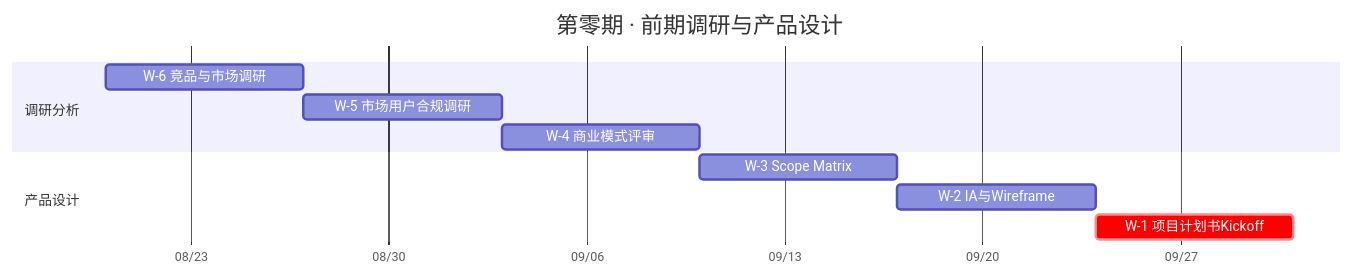
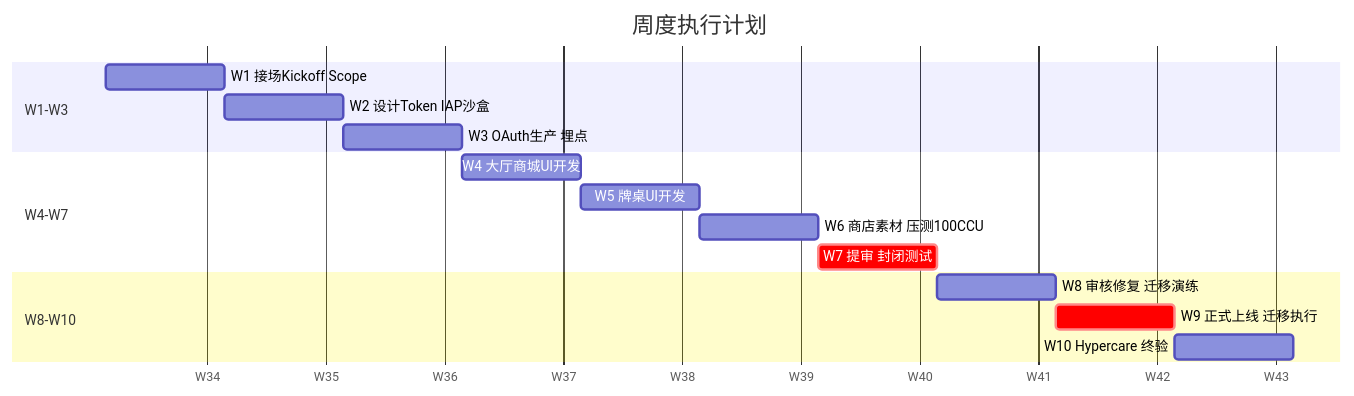
One commit to abutang-droid/Texas-Hold-em changed the second of 3 diagrams in docs/local/全项目计划书.md. Above: the diagram before and after it, drawn with Mermaid. The commit also changed other lines of this file and 6 other files, not shown here.

````diff
--- a/docs/local/全项目计划书.md
+++ b/docs/local/全项目计划书.md
@@ -262,16 +231,22 @@
 ```mermaid
 gantt
-    title 第零期 · 前期调研与产品设计
+    title 周度执行计划
     dateFormat YYYY-MM-DD
-    axisFormat %m/%d
+    axisFormat W%W
 
-    section 调研分析
-    W-6 竞品与市场调研       :w6, 2026-08-20, 1w
-    W-5 市场用户合规调研     :w5, 2026-08-27, 1w
-    W-4 商业模式评审         :w4, 2026-09-03, 1w
+    section W1-W3
+    W1 接场Kickoff Scope    :w1, 2026-08-24, 1w
+    W2 设计Token IAP沙盒    :w2, 2026-08-31, 1w
+    W3 OAuth生产 埋点       :w3, 2026-09-07, 1w
 
-    section 产品设计
-    W-3 Scope Matrix        :w3, 2026-09-10, 1w
-    W-2 IA与Wireframe       :w2, 2026-09-17, 1w
-    W-1 项目计划书Kickoff    :crit, w1, 2026-09-24, 1w
+    section W4-W7
+    W4 大厅商城UI开发       :w4, 2026-09-14, 1w
+    W5 牌桌UI开发           :w5, 2026-09-21, 1w
+    W6 商店素材 压测100CCU  :w6, 2026-09-28, 1w
+    W7 提审 封闭测试        :crit, w7, 2026-10-05, 1w
+
+    section W8-W10
+    W8 审核修复 迁移演练    :w8, 2026-10-12, 1w
+    W9 正式上线 迁移执行    :crit, w9, 2026-10-19, 1w
+    W10 Hypercare 终验      :w10, 2026-10-26, 1w
 ```
````
